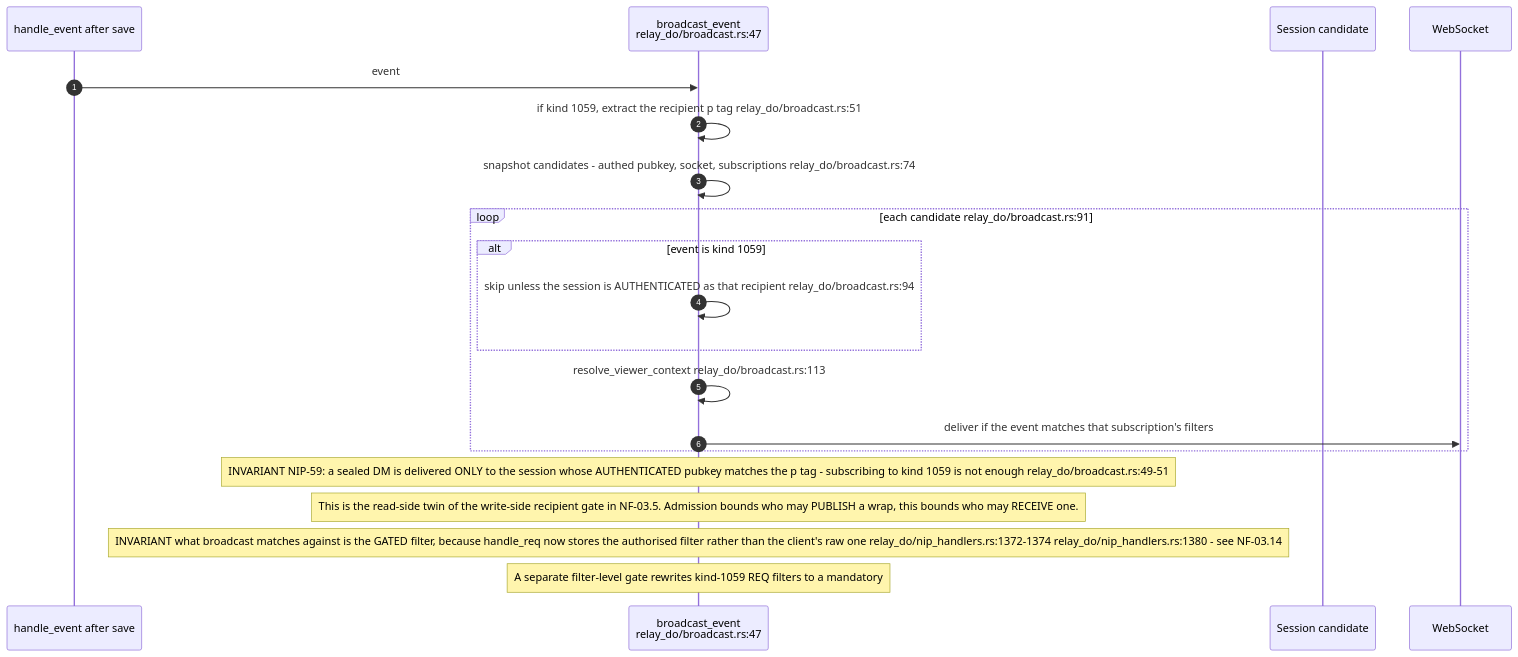
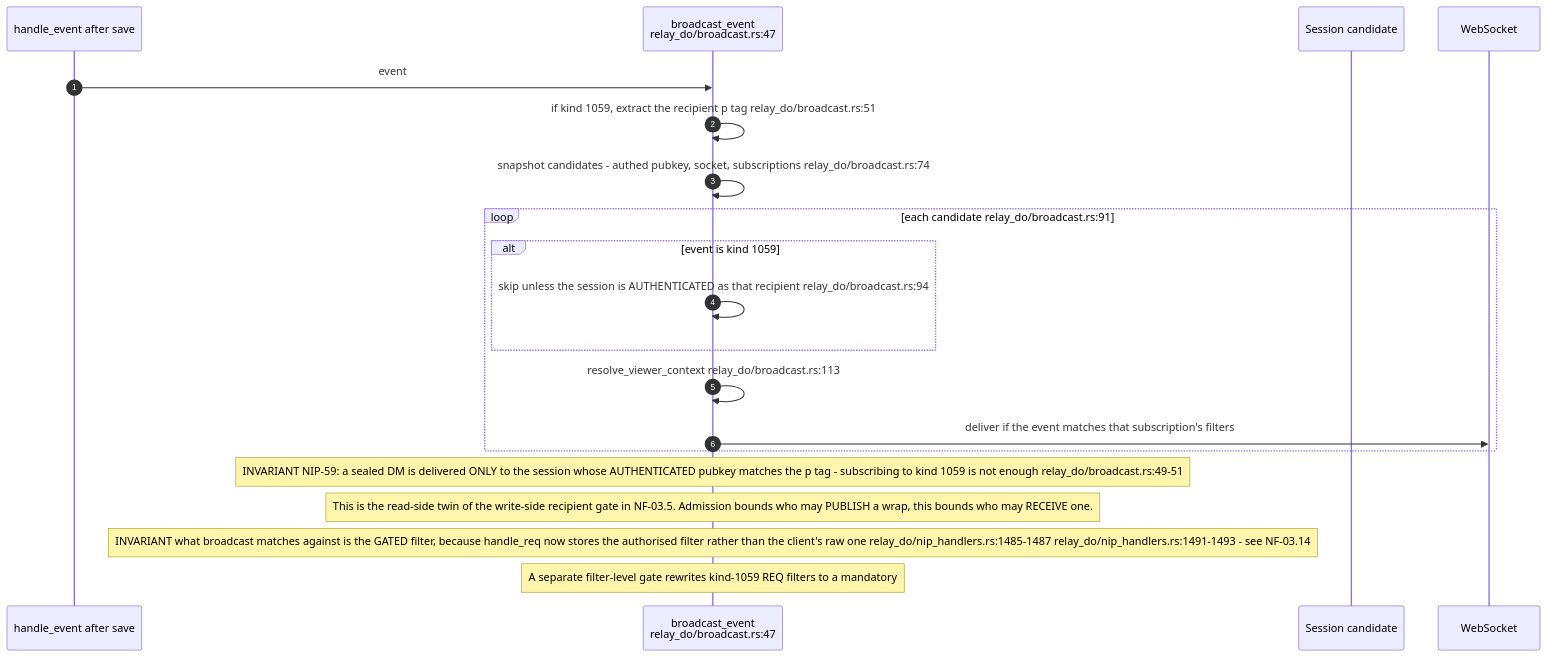
The fourth of 16 diagrams in docs/diagrams/nostr-rust-forum/11-relay-durable-object-internals.md (DreamLab-AI/VisionFlow), drawn with Mermaid before and after one commit. The commit also changed other lines of this file and 136 other files, not shown here.

First line of the commit message:
docs(diagrams): refresh the whole corpus to code HEAD and prune low-value diagrams

````diff
--- a/docs/diagrams/nostr-rust-forum/11-relay-durable-object-internals.md
+++ b/docs/diagrams/nostr-rust-forum/11-relay-durable-object-internals.md
@@ -142,24 +129,24 @@
 ```mermaid
 sequenceDiagram
     autonumber
     participant H as handle_event after save
     participant B as broadcast_event<br/>relay_do/broadcast.rs:47
     participant S as Session candidate
     participant W as WebSocket
 
     H->>B: event
     B->>B: if kind 1059, extract the recipient p tag relay_do/broadcast.rs:51
     B->>B: snapshot candidates - authed pubkey, socket, subscriptions relay_do/broadcast.rs:74
     loop each candidate relay_do/broadcast.rs:91
         alt event is kind 1059
             B->>B: skip unless the session is AUTHENTICATED as that recipient relay_do/broadcast.rs:94
         end
         B->>B: resolve_viewer_context relay_do/broadcast.rs:113
         B->>W: deliver if the event matches that subscription's filters
     end
 
     Note over B: INVARIANT NIP-59: a sealed DM is delivered ONLY to the session whose AUTHENTICATED pubkey matches the p tag - subscribing to kind 1059 is not enough relay_do/broadcast.rs:49-51
     Note over B: This is the read-side twin of the write-side recipient gate in NF-03.5. Admission bounds who may PUBLISH a wrap, this bounds who may RECEIVE one.
-    Note over B: INVARIANT what broadcast matches against is the GATED filter, because handle_req now stores the authorised filter rather than the client's raw one relay_do/nip_handlers.rs:1372-1374 relay_do/nip_handlers.rs:1380 - see NF-03.14
-    Note over B: A separate filter-level gate rewrites kind-1059 REQ filters to a mandatory #p in BOTH auth modes relay_do/nip_handlers.rs:1637 - so DM privacy never depends on AUTH_MODE relay_do/nip42.rs:236-239
+    Note over B: INVARIANT what broadcast matches against is the GATED filter, because handle_req now stores the authorised filter rather than the client's raw one relay_do/nip_handlers.rs:1485-1487 relay_do/nip_handlers.rs:1491-1493 - see NF-03.14
+    Note over B: A separate filter-level gate rewrites kind-1059 REQ filters to a mandatory #p in BOTH auth modes relay_do/nip_handlers.rs:1760 - so DM privacy never depends on AUTH_MODE relay_do/nip42.rs:236-239
 ```
````
